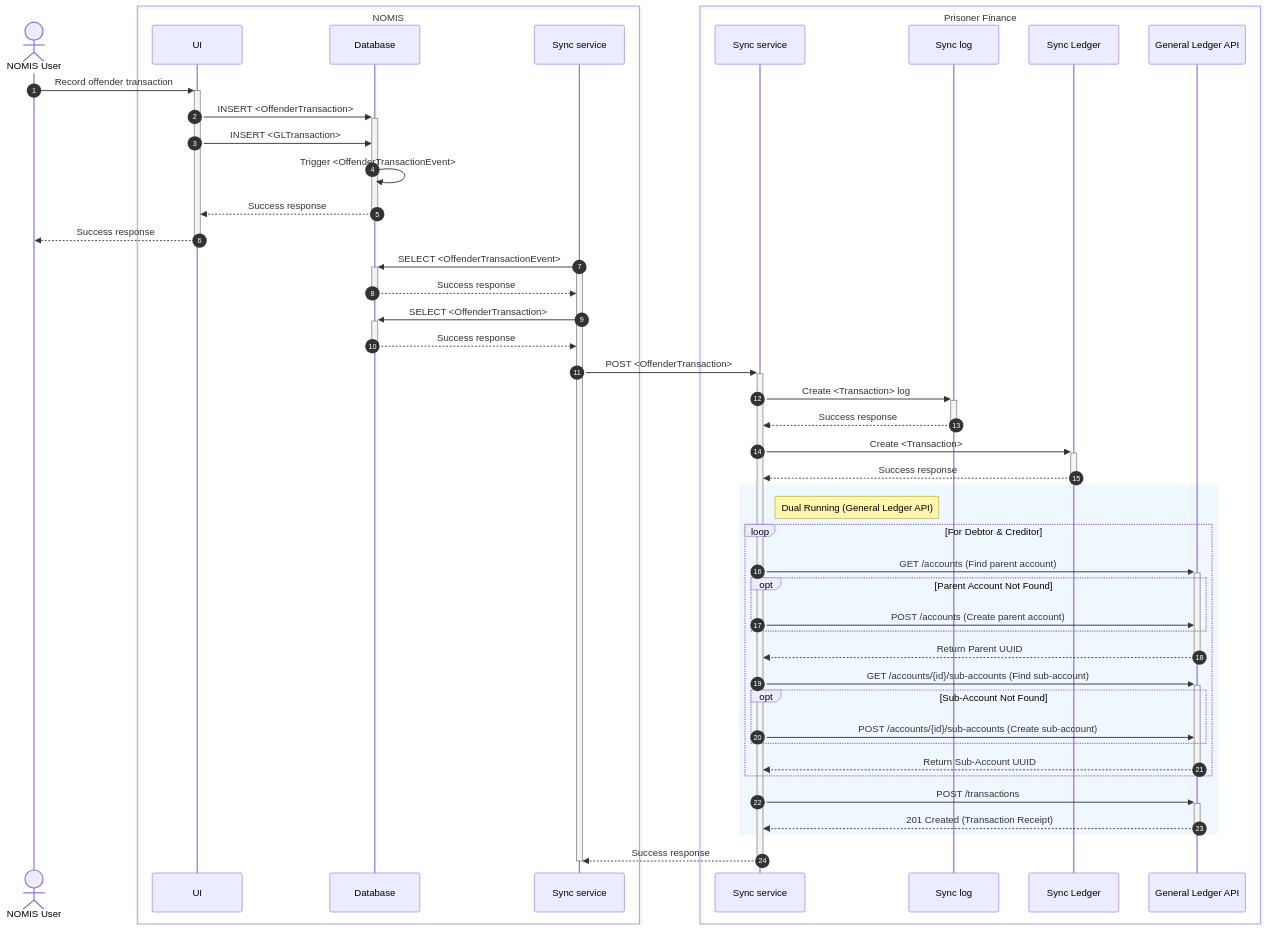
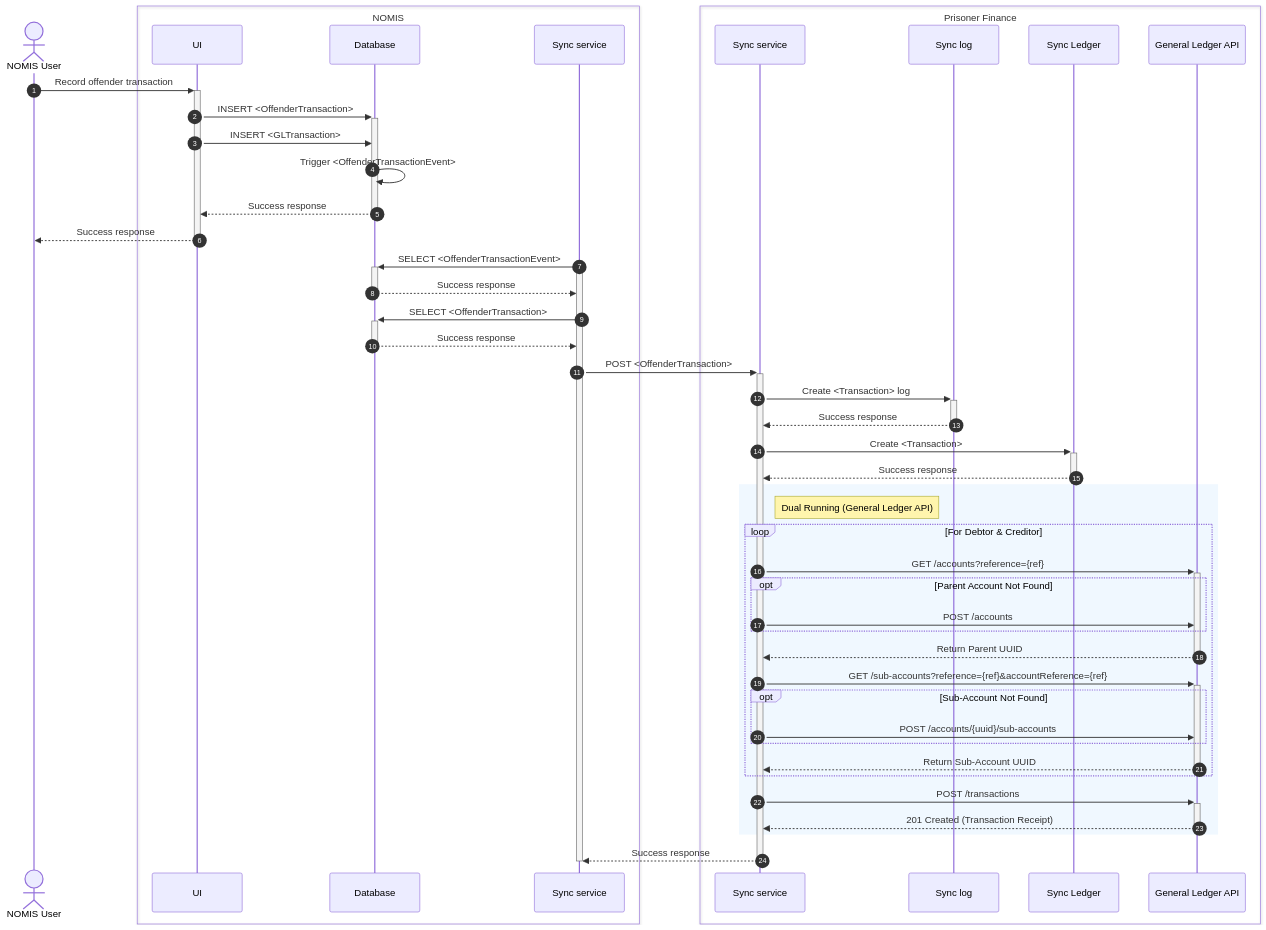
The third of 6 diagrams in docs/architecture/docs/sync-processes.md (ministryofjustice/hmpps-prisoner-finance-sync-api), drawn with Mermaid before and after one commit. The commit also changed 6 other files, not shown here.

Commit message:
Update sequence diagram

````diff
--- a/docs/architecture/docs/sync-processes.md
+++ b/docs/architecture/docs/sync-processes.md
@@ -94,57 +94,57 @@
 ```mermaid
 sequenceDiagram
     actor user as NOMIS User
     box NOMIS
         participant NOMIS.UI as UI
         participant NOMIS.DB as Database
         participant NOMIS.sync as Sync service
     end
     box Prisoner Finance
         participant PF.sync as Sync service
         participant PF.log as Sync log
         participant PF.ledger as Sync Ledger
         participant PF.newGL as General Ledger API
     end
 
     autonumber
 
     user ->>+ NOMIS.UI: Record offender transaction
     NOMIS.UI ->>+ NOMIS.DB: INSERT <OffenderTransaction>
     NOMIS.UI ->> NOMIS.DB: INSERT <GLTransaction>
     NOMIS.DB ->> NOMIS.DB: Trigger <OffenderTransactionEvent>
     NOMIS.DB -->>- NOMIS.UI: Success response
     NOMIS.UI -->>- user: Success response
     NOMIS.sync ->>+ NOMIS.DB: SELECT <OffenderTransactionEvent>
     activate NOMIS.sync
     NOMIS.DB -->>- NOMIS.sync: Success response
     NOMIS.sync ->>+ NOMIS.DB: SELECT <OffenderTransaction>
     NOMIS.DB -->>- NOMIS.sync: Success response
     NOMIS.sync ->>+ PF.sync: POST <OffenderTransaction>
     PF.sync ->>+ PF.log: Create <Transaction> log
     PF.log -->>- PF.sync: Success response
     PF.sync ->>+ PF.ledger: Create <Transaction>
     PF.ledger -->>- PF.sync: Success response
     rect rgb(240, 248, 255)
         note right of PF.sync: Dual Running (General Ledger API)
 
         loop For Debtor & Creditor
-            PF.sync ->>+ PF.newGL: GET /accounts (Find parent account)
+            PF.sync ->>+ PF.newGL: GET /accounts?reference={ref}
             opt Parent Account Not Found
-                PF.sync ->> PF.newGL: POST /accounts (Create parent account)
+                PF.sync ->> PF.newGL: POST /accounts
             end
             PF.newGL -->>- PF.sync: Return Parent UUID
 
-            PF.sync ->>+ PF.newGL: GET /accounts/{id}/sub-accounts (Find sub-account)
+            PF.sync ->>+ PF.newGL: GET /sub-accounts?reference={ref}&accountReference={ref}
             opt Sub-Account Not Found
-                PF.sync ->> PF.newGL: POST /accounts/{id}/sub-accounts (Create sub-account)
+                PF.sync ->> PF.newGL: POST /accounts/{uuid}/sub-accounts
             end
             PF.newGL -->>- PF.sync: Return Sub-Account UUID
         end
 
         PF.sync ->>+ PF.newGL: POST /transactions
         PF.newGL -->>- PF.sync: 201 Created (Transaction Receipt)
     end
 
     PF.sync -->>- NOMIS.sync: Success response
     deactivate NOMIS.sync
 ```
````
